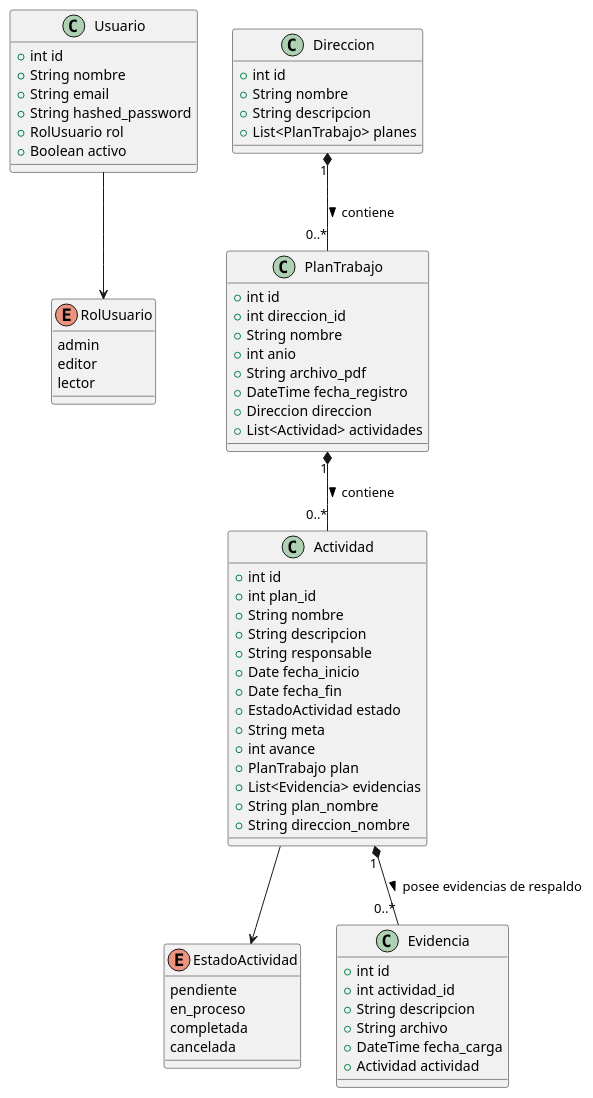
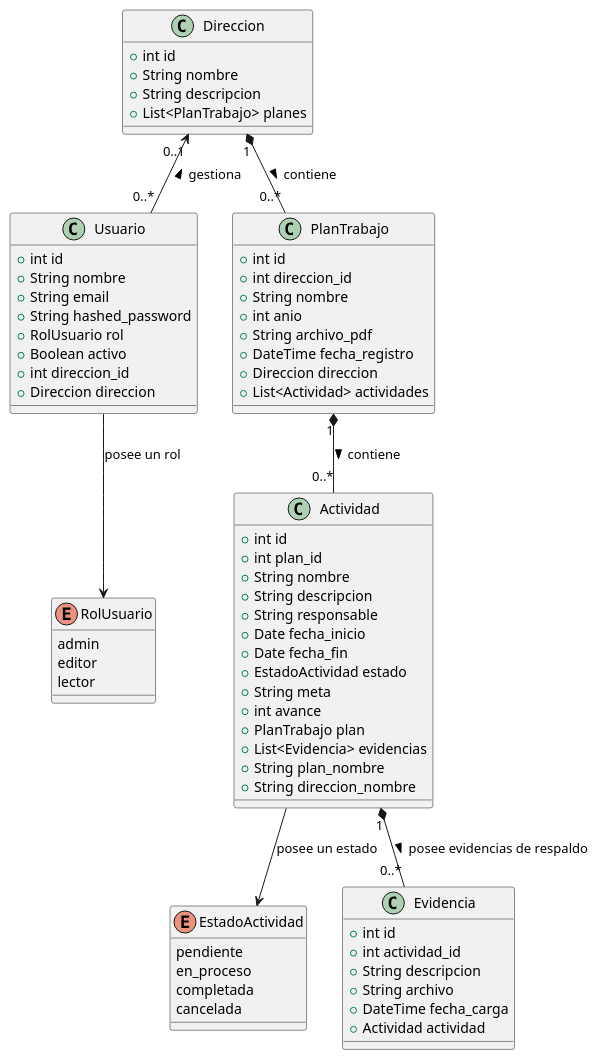
One commit to Jhonynanicollab/sistma-de-seguimiento changed the third of 6 diagrams in docs/requisitos.md. Above: the diagram before and after it, drawn with PlantUML. The commit also changed other lines of this file and 16 other files, not shown here.

Commit message:
Feature: Implementacion completa de semestres (RF16), actualizacion de diagramas UML y documentacion

````diff
--- a/docs/requisitos.md
+++ b/docs/requisitos.md
@@ -150,75 +150,78 @@
 ```plantuml
 @startuml
 enum RolUsuario {
   admin
   editor
   lector
 }
 
 enum EstadoActividad {
   pendiente
   en_proceso
   completada
   cancelada
 }
 
 class Usuario {
   +int id
   +String nombre
   +String email
   +String hashed_password
   +RolUsuario rol
   +Boolean activo
+  +int direccion_id
+  +Direccion direccion
 }
 
 class Direccion {
   +int id
   +String nombre
   +String descripcion
   +List<PlanTrabajo> planes
 }
 
 class PlanTrabajo {
   +int id
   +int direccion_id
   +String nombre
   +int anio
   +String archivo_pdf
   +DateTime fecha_registro
   +Direccion direccion
   +List<Actividad> actividades
 }
 
 class Actividad {
   +int id
   +int plan_id
   +String nombre
   +String descripcion
   +String responsable
   +Date fecha_inicio
   +Date fecha_fin
   +EstadoActividad estado
   +String meta
   +int avance
   +PlanTrabajo plan
   +List<Evidencia> evidencias
   +String plan_nombre
   +String direccion_nombre
 }
 
 class Evidencia {
   +int id
   +int actividad_id
   +String descripcion
   +String archivo
   +DateTime fecha_carga
   +Actividad actividad
 }
 
-Usuario --> RolUsuario
-Actividad --> EstadoActividad
+Usuario --> RolUsuario : posee un rol
+Actividad --> EstadoActividad : posee un estado
 Direccion "1" *-- "0..*" PlanTrabajo : contiene >
+Direccion "0..1" <-- "0..*" Usuario : gestiona <
 PlanTrabajo "1" *-- "0..*" Actividad : contiene >
 Actividad "1" *-- "0..*" Evidencia : posee evidencias de respaldo >
 @enduml
 ```
````
